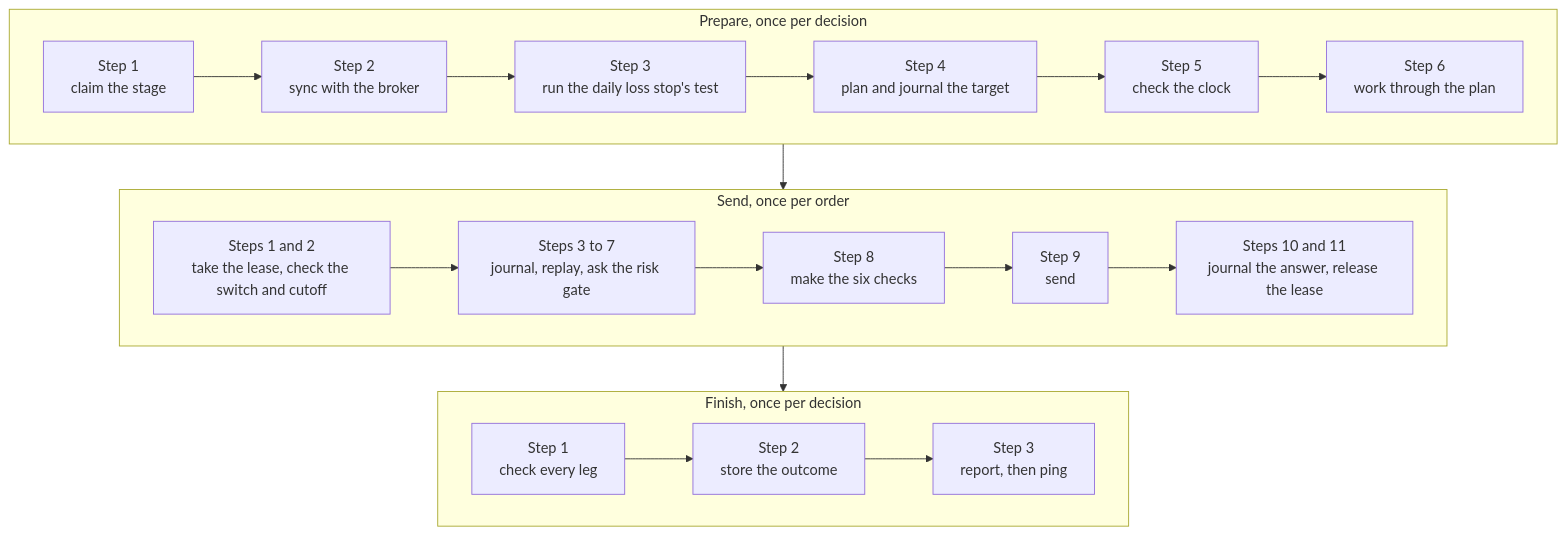
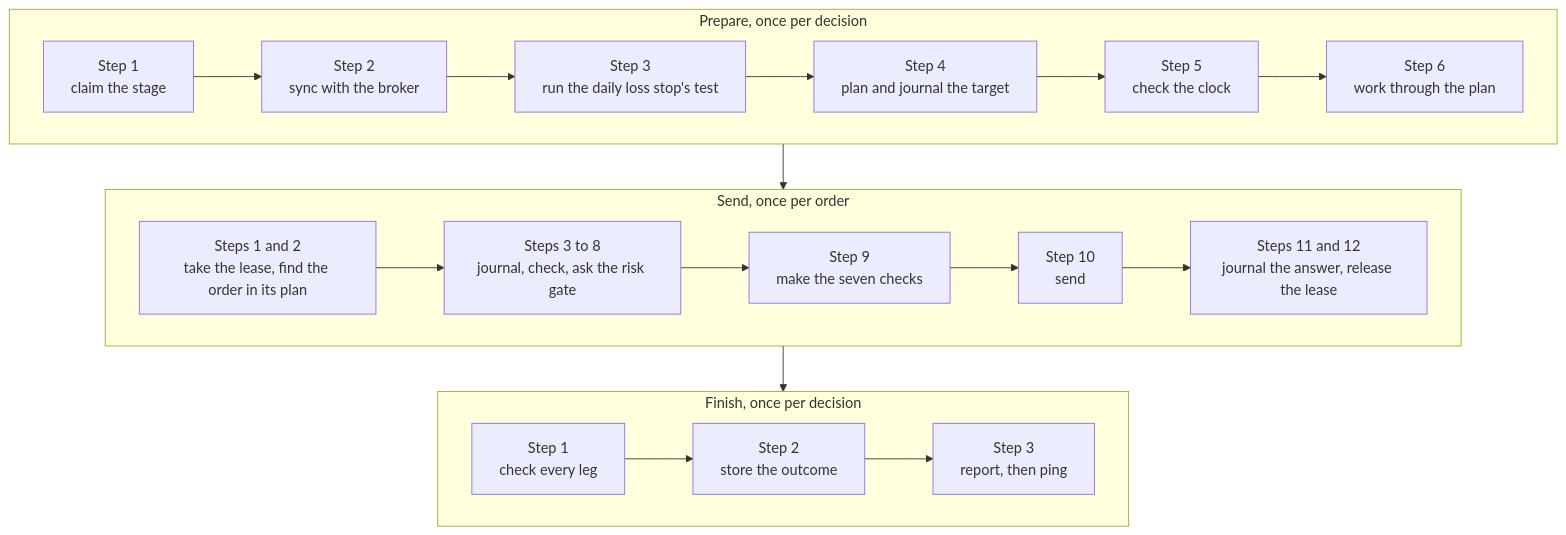
Before and after one commit to l3a0/ithildin-runtime: the ninth of 18 diagrams in docs/architecture/06-runtime.md, drawn with Mermaid. The commit also changed other lines of this file and 35 other files, not shown here.

````diff
--- a/docs/architecture/06-runtime.md
+++ b/docs/architecture/06-runtime.md
@@ -528,17 +534,17 @@
 ```mermaid
 flowchart TB
     subgraph prepare["Prepare, once per decision"]
         direction LR
         a1["Step 1<br/>claim the stage"] --> a2["Step 2<br/>sync with the broker"] --> a3["Step 3<br/>run the daily loss stop's test"] --> a4["Step 4<br/>plan and journal the target"] --> a5["Step 5<br/>check the clock"] --> a6["Step 6<br/>work through the plan"]
     end
     subgraph each["Send, once per order"]
         direction LR
-        b1["Steps 1 and 2<br/>take the lease, check the switch and cutoff"] --> b2["Steps 3 to 7<br/>journal, replay, ask the risk gate"] --> b3["Step 8<br/>make the six checks"] --> b4["Step 9<br/>send"] --> b5["Steps 10 and 11<br/>journal the answer, release the lease"]
+        b1["Steps 1 and 2<br/>take the lease, find the order in its plan"] --> b2["Steps 3 to 8<br/>journal, check, ask the risk gate"] --> b3["Step 9<br/>make the seven checks"] --> b4["Step 10<br/>send"] --> b5["Steps 11 and 12<br/>journal the answer, release the lease"]
     end
     subgraph finish["Finish, once per decision"]
         direction LR
         c1["Step 1<br/>check every leg"] --> c2["Step 2<br/>store the outcome"] --> c3["Step 3<br/>report, then ping"]
     end
     prepare --> each
     each --> finish
 ```
````
